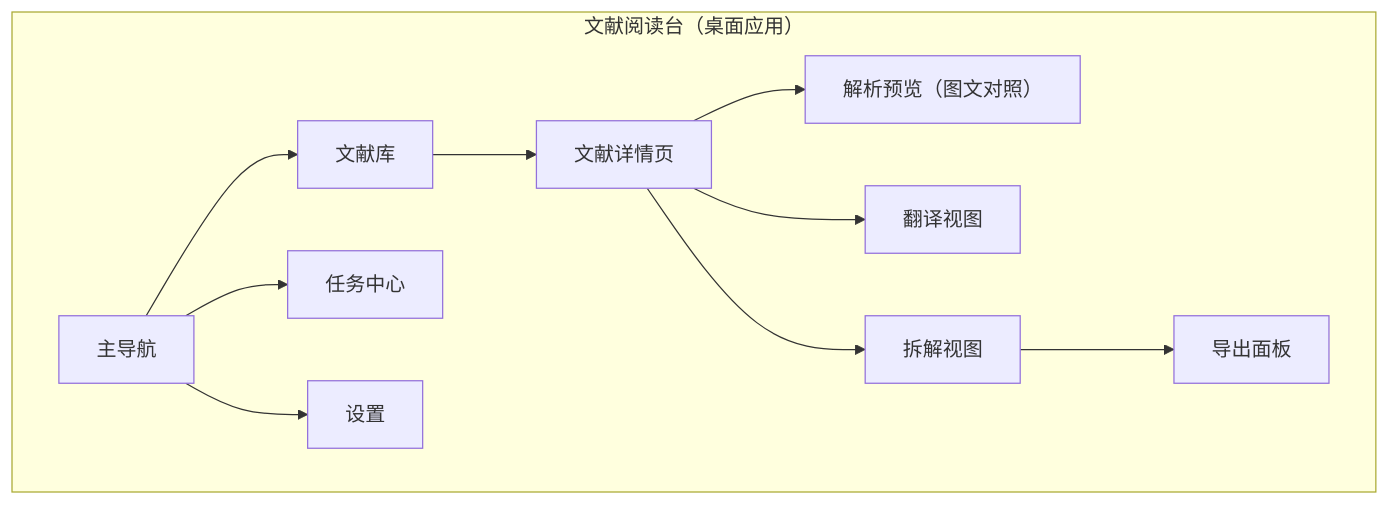
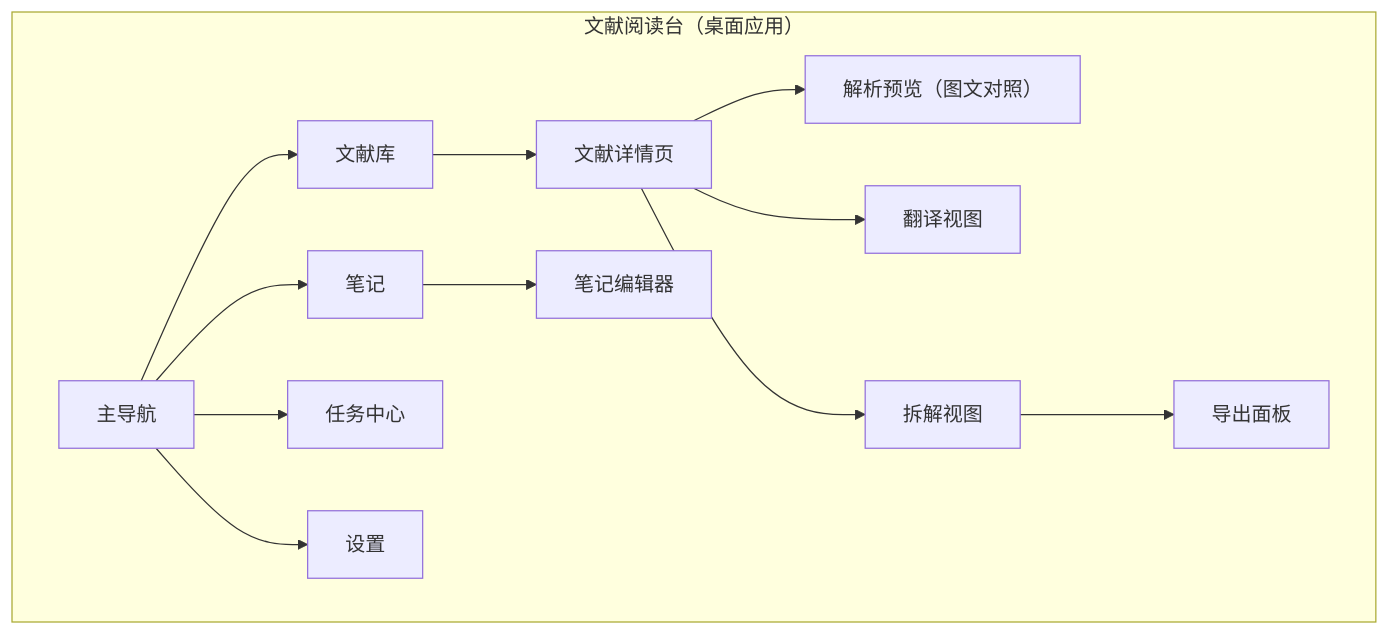
The first of 10 diagrams in PRD-文献阅读台.md (randomartlab/Random-Paperlens), drawn with Mermaid before and after one commit. The commit also changed other lines of this file and 25 other files, not shown here.

````diff
--- a/PRD-文献阅读台.md
+++ b/PRD-文献阅读台.md
@@ -103,14 +111,16 @@
 ```mermaid
 graph TD
     subgraph App["文献阅读台（桌面应用）"]
         Nav["主导航"]
         Nav --> Lib["文献库"]
+        Nav --> Notes["笔记"]
         Nav --> Task["任务中心"]
         Nav --> Set["设置"]
         Lib --> Detail["文献详情页"]
         Detail --> Reader["解析预览（图文对照）"]
         Detail --> Translate["翻译视图"]
         Detail --> Digest["拆解视图"]
         Digest --> Export["导出面板"]
+        Notes --> NoteEditor["笔记编辑器"]
     end
 ```
````
